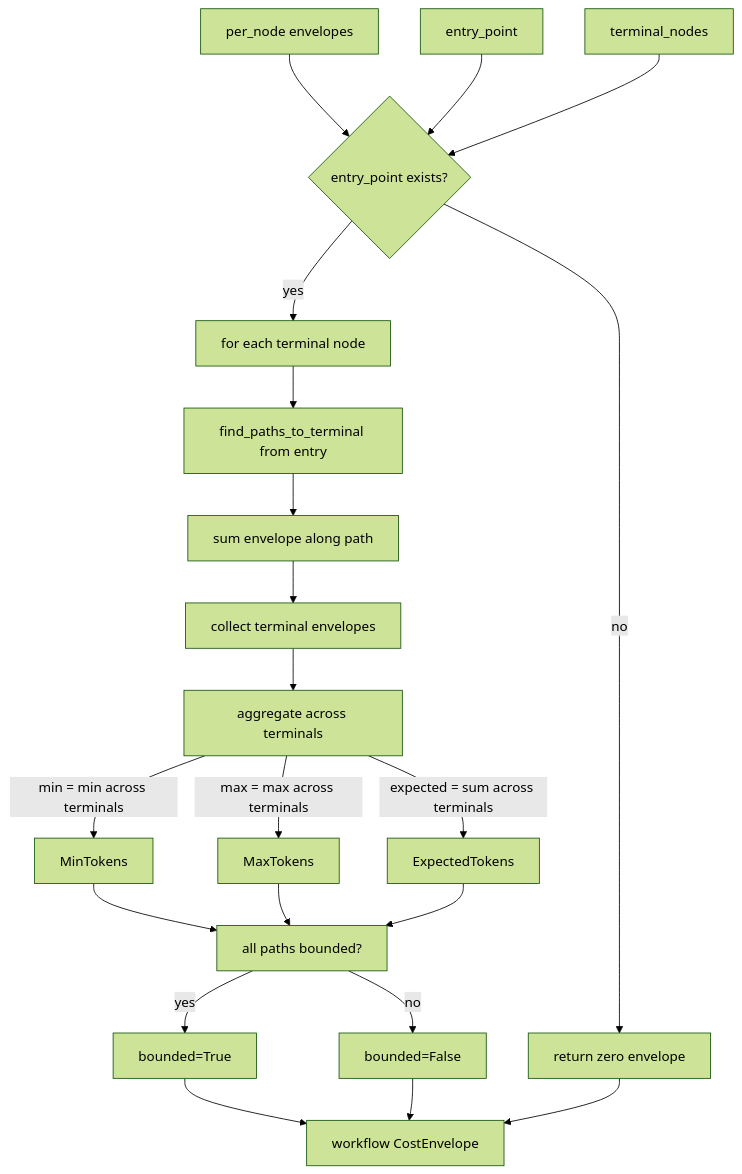
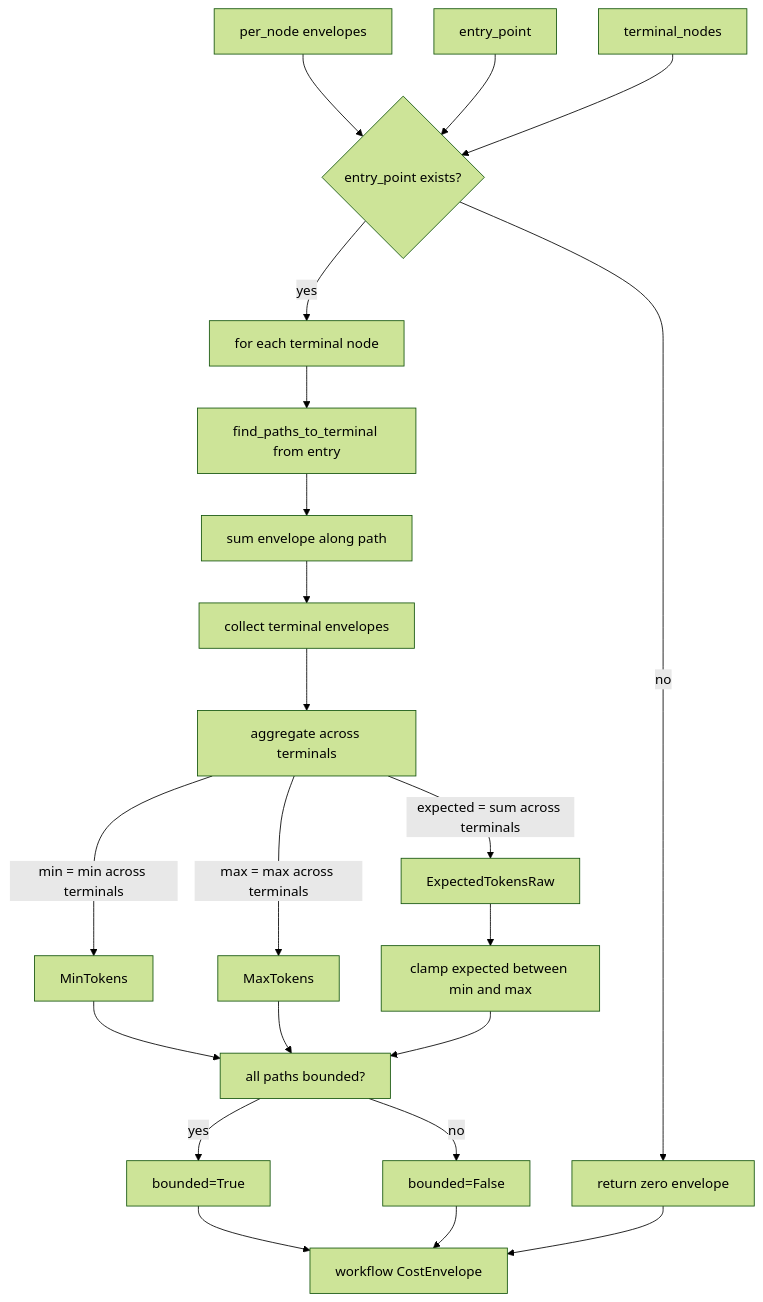
Before and after one commit to xZiro-Lab/Noctyl: diagram 18 of 22 in docs/flow-diagrams.md, drawn with Mermaid (forest theme). The commit also changed other lines of this file and 18 other files, not shown here.

````diff
--- a/docs/flow-diagrams.md
+++ b/docs/flow-diagrams.md
@@ -572,29 +588,30 @@
 ```mermaid
 flowchart TB
     PerNode[per_node envelopes] --> CheckEntry{entry_point exists?}
     EntryPoint[entry_point] --> CheckEntry
     Terminals[terminal_nodes] --> CheckEntry
     
     CheckEntry -->|no| ZeroEnv[return zero envelope]
     CheckEntry -->|yes| ForEachTerminal[for each terminal node]
     
     ForEachTerminal --> FindPaths[find_paths_to_terminal from entry]
     FindPaths --> SumPath[sum envelope along path]
     SumPath --> CollectTerminal[collect terminal envelopes]
     
     CollectTerminal --> Aggregate[aggregate across terminals]
     Aggregate -->|min = min across terminals| MinTokens
     Aggregate -->|max = max across terminals| MaxTokens
-    Aggregate -->|expected = sum across terminals| ExpectedTokens
+    Aggregate -->|expected = sum across terminals| ExpectedTokensRaw
+    ExpectedTokensRaw --> Clamp[clamp expected between min and max]
     
     MinTokens --> CheckBounded[all paths bounded?]
     MaxTokens --> CheckBounded
-    ExpectedTokens --> CheckBounded
+    Clamp --> CheckBounded
     
     CheckBounded -->|yes| BoundedTrue[bounded=True]
     CheckBounded -->|no| BoundedFalse[bounded=False]
     
     BoundedTrue --> WorkflowEnv[workflow CostEnvelope]
     BoundedFalse --> WorkflowEnv
     ZeroEnv --> WorkflowEnv
 ```
````
